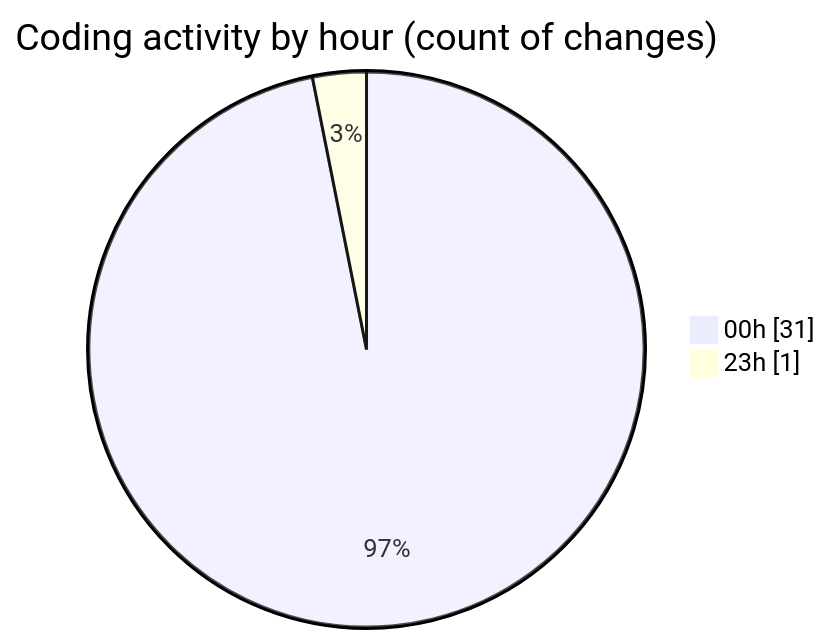
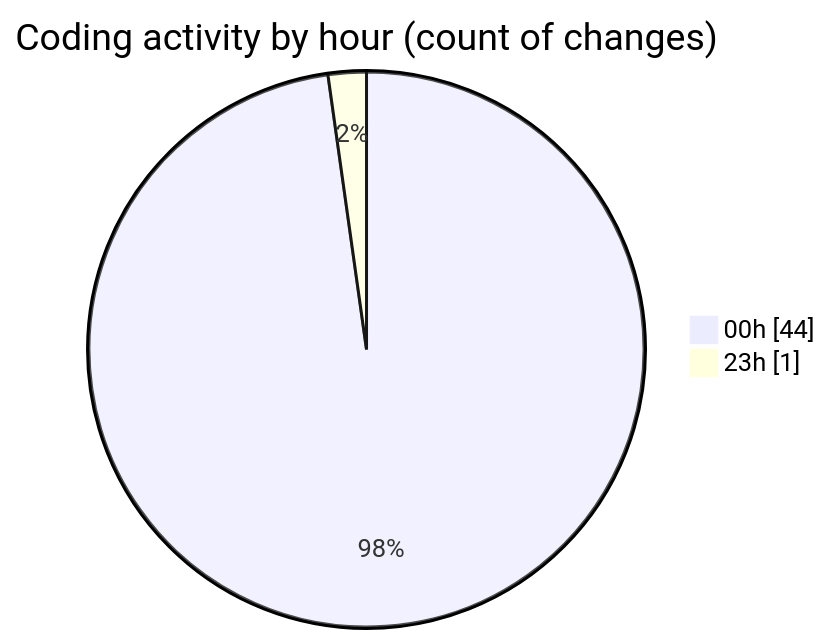
One commit to nxtqubesakshisongat/code-tracking changed the second of 2 diagrams in 2026-03-15/nxtqube_webapp/README.md. Above: the diagram before and after it, drawn with Mermaid. The commit also changed other lines of this file and 1 other file, not shown here.

````diff
--- a/2026-03-15/nxtqube_webapp/README.md
+++ b/2026-03-15/nxtqube_webapp/README.md
@@ -28,6 +28,6 @@
 ```mermaid
 pie showData
 title Coding activity by hour (count of changes)
-"00h" : 31
+"00h" : 44
 "23h" : 1
 ```
````
